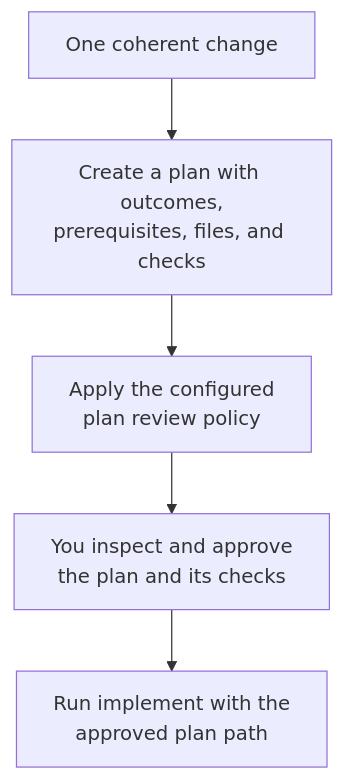
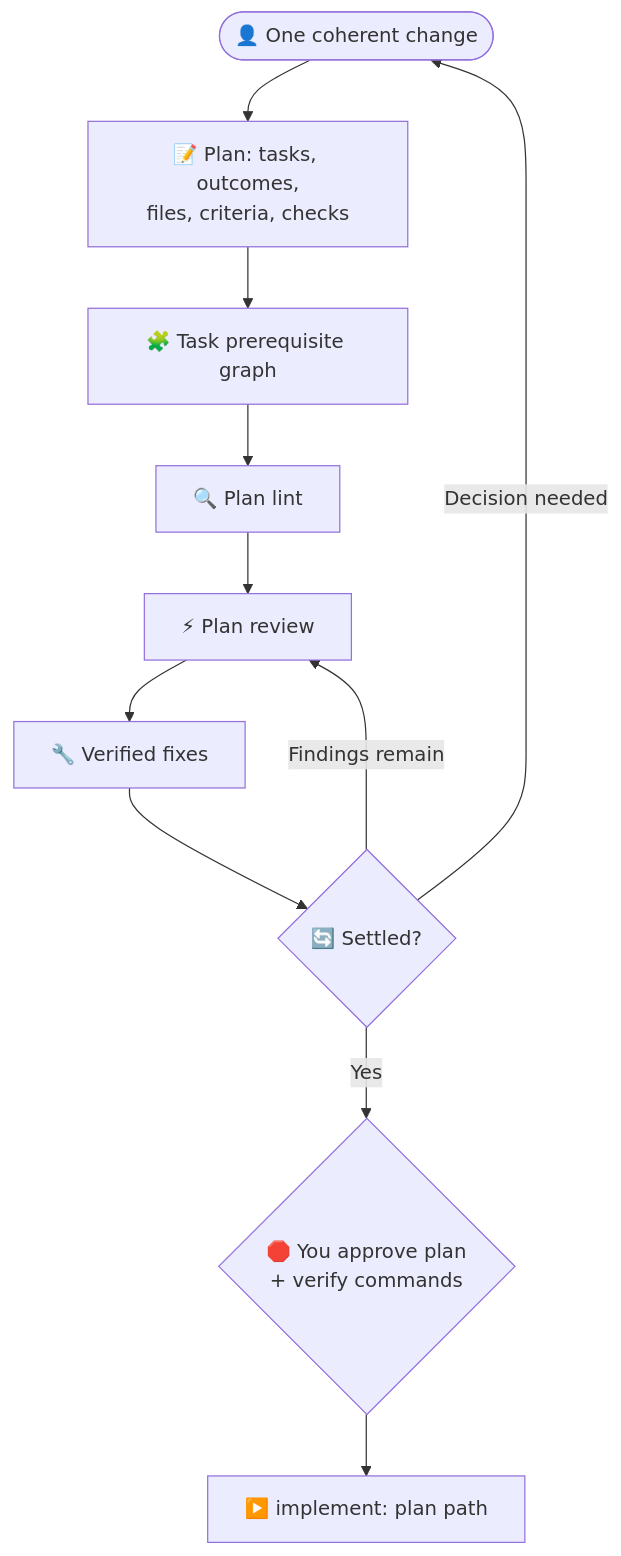
Before and after one commit to Gyunikuchan/dispatch-skills: the diagram in skills/dispatch/references/readme/plan.md, drawn with Mermaid. The commit also changed 5 other files, not shown here.

First line of the commit message:
docs(dispatch): detail verb flow diagrams in README-style mermaid

````diff
--- a/skills/dispatch/references/readme/plan.md
+++ b/skills/dispatch/references/readme/plan.md
@@ -11,7 +11,13 @@
 ```mermaid
 flowchart TD
-    Change["One coherent change"] --> Plan["Create a plan with outcomes,<br/>prerequisites, files, and checks"]
-    Plan --> Review["Apply the configured<br/>plan review policy"]
-    Review --> Approval["You inspect and approve<br/>the plan and its checks"]
-    Approval --> Implement["Run implement with the<br/>approved plan path"]
+    User(["👤 One coherent change"]) --> Plan["📝 Plan: tasks, outcomes,<br/>files, criteria, checks"]
+    Plan --> Graph["🧩 Task prerequisite graph"]
+    Graph --> Lint["🔍 Plan lint"]
+    Lint --> Review["⚡ Plan review"]
+    Review --> Fix["🔧 Verified fixes"]
+    Fix --> Settled{"🔄 Settled?"}
+    Settled -->|Findings remain| Review
+    Settled -->|Decision needed| User
+    Settled -->|Yes| Gate{"🛑 You approve plan<br/>+ verify commands"}
+    Gate --> Next["▶️ implement: plan path"]
 ```
````
